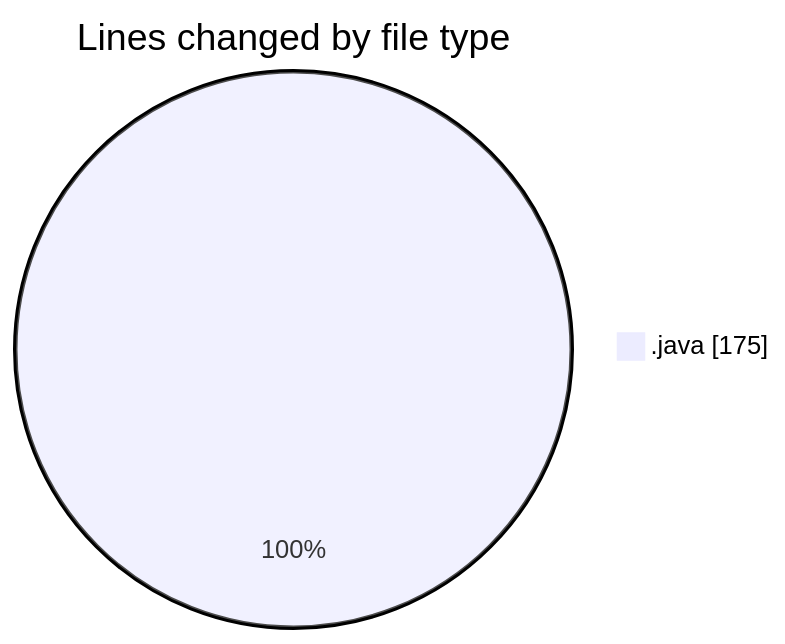
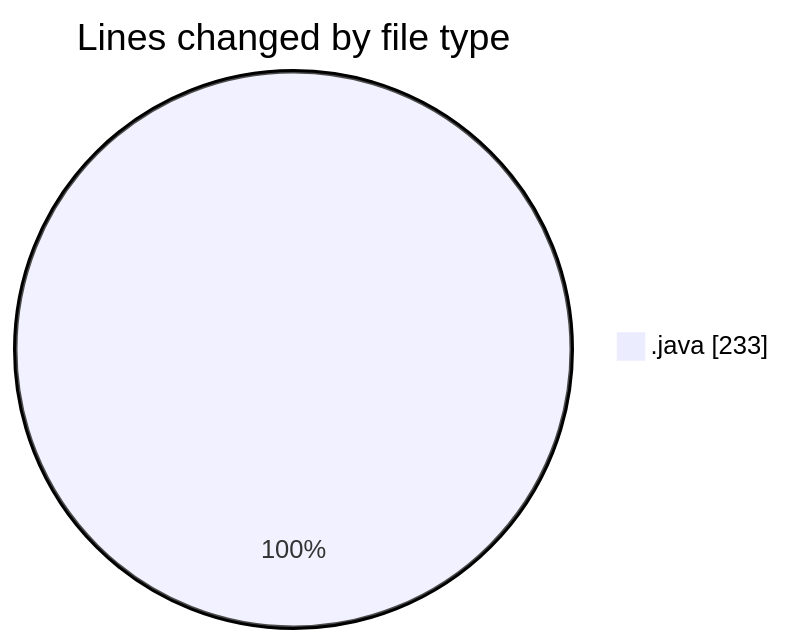
Before and after one commit to NitaiMahat/code-tracking: the first of 2 diagrams in 2025-04-28/startfiles__5_/README.md, drawn with Mermaid. The commit also changed other lines of this file and 1 other file, not shown here.

````diff
--- a/2025-04-28/startfiles__5_/README.md
+++ b/2025-04-28/startfiles__5_/README.md
@@ -21,5 +21,5 @@
 ```mermaid
 pie showData
 title Lines changed by file type
-".java" : 175
+".java" : 233
 ```
````
